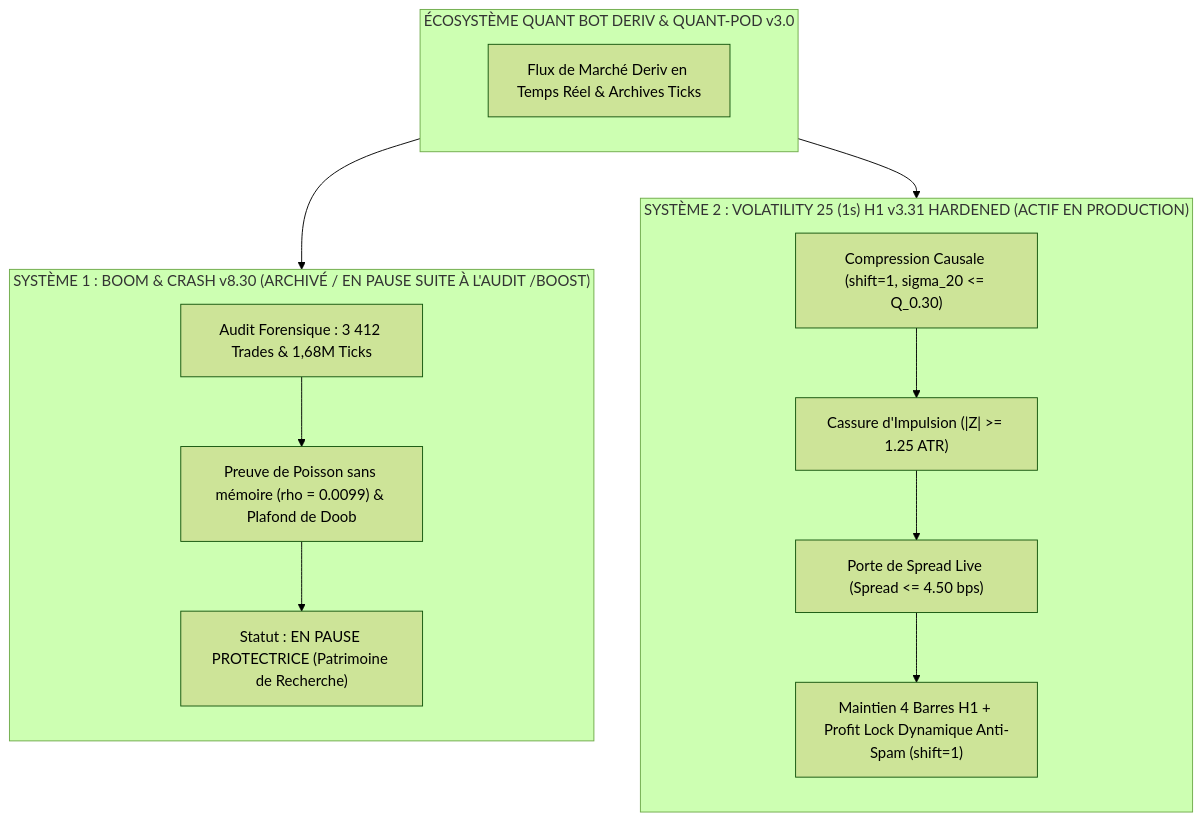
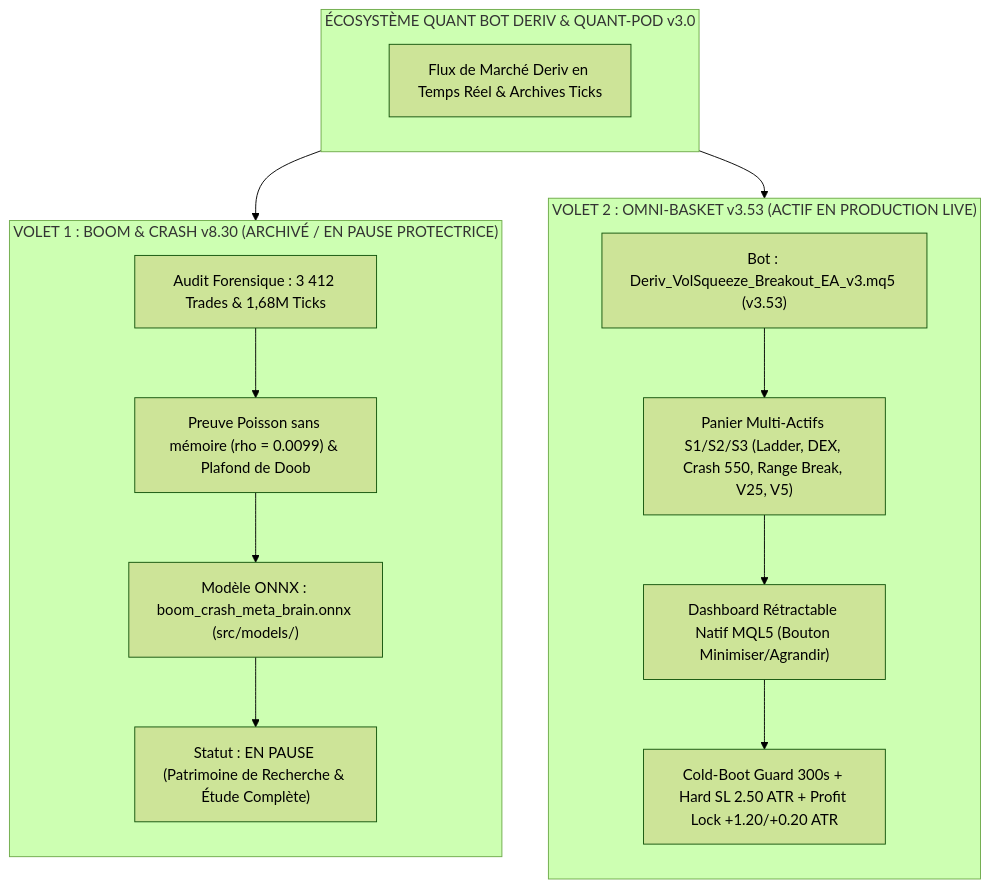
The diagram in README.md (Christ-yavn/bot-quant-), drawn with Mermaid (forest theme) before and after one commit. The commit also changed other lines of this file and 20 other files, not shown here.

````diff
--- a/README.md
+++ b/README.md
@@ -111,27 +82,28 @@
 ```mermaid
 flowchart TD
     subgraph Ecosysteme["ÉCOSYSTÈME QUANT BOT DERIV & QUANT-POD v3.0"]
         direction TB
         M[Flux de Marché Deriv en Temps Réel & Archives Ticks]
     end
 
-    subgraph Track1["SYSTÈME 1 : BOOM & CRASH v8.30 (ARCHIVÉ / EN PAUSE SUITE À L'AUDIT /BOOST)"]
+    subgraph Track1["VOLET 1 : BOOM & CRASH v8.30 (ARCHIVÉ / EN PAUSE PROTECTRICE)"]
         direction TB
         T1_Audit["Audit Forensique : 3 412 Trades & 1,68M Ticks"]
-        T1_Proof["Preuve de Poisson sans mémoire (rho = 0.0099) & Plafond de Doob"]
-        T1_Status["Statut : EN PAUSE PROTECTRICE (Patrimoine de Recherche)"]
-        T1_Audit --> T1_Proof --> T1_Status
+        T1_Proof["Preuve Poisson sans mémoire (rho = 0.0099) & Plafond de Doob"]
+        T1_Model["Modèle ONNX : boom_crash_meta_brain.onnx (src/models/)"]
+        T1_Status["Statut : EN PAUSE (Patrimoine de Recherche & Étude Complète)"]
+        T1_Audit --> T1_Proof --> T1_Model --> T1_Status
     end
 
-    subgraph Track2["SYSTÈME 2 : VOLATILITY 25 (1s) H1 v3.31 HARDENED (ACTIF EN PRODUCTION)"]
+    subgraph Track2["VOLET 2 : OMNI-BASKET v3.53 (ACTIF EN PRODUCTION LIVE)"]
         direction TB
-        T2_Sqz["Compression Causale (shift=1, sigma_20 <= Q_0.30)"]
-        T2_Brk["Cassure d'Impulsion (|Z| >= 1.25 ATR)"]
-        T2_Gate["Porte de Spread Live (Spread <= 4.50 bps)"]
-        T2_Hold["Maintien 4 Barres H1 + Profit Lock Dynamique Anti-Spam (shift=1)"]
-        T2_Sqz --> T2_Brk --> T2_Gate --> T2_Hold
+        T2_EA["Bot : Deriv_VolSqueeze_Breakout_EA_v3.mq5 (v3.53)"]
+        T2_Basket["Panier Multi-Actifs S1/S2/S3 (Ladder, DEX, Crash 550, Range Break, V25, V5)"]
+        T2_UI["Dashboard Rétractable Natif MQL5 (Bouton Minimiser/Agrandir)"]
+        T2_Risk["Cold-Boot Guard 300s + Hard SL 2.50 ATR + Profit Lock +1.20/+0.20 ATR"]
+        T2_EA --> T2_Basket --> T2_UI --> T2_Risk
     end
 
     M --> Track1
     M --> Track2
 ```
````
